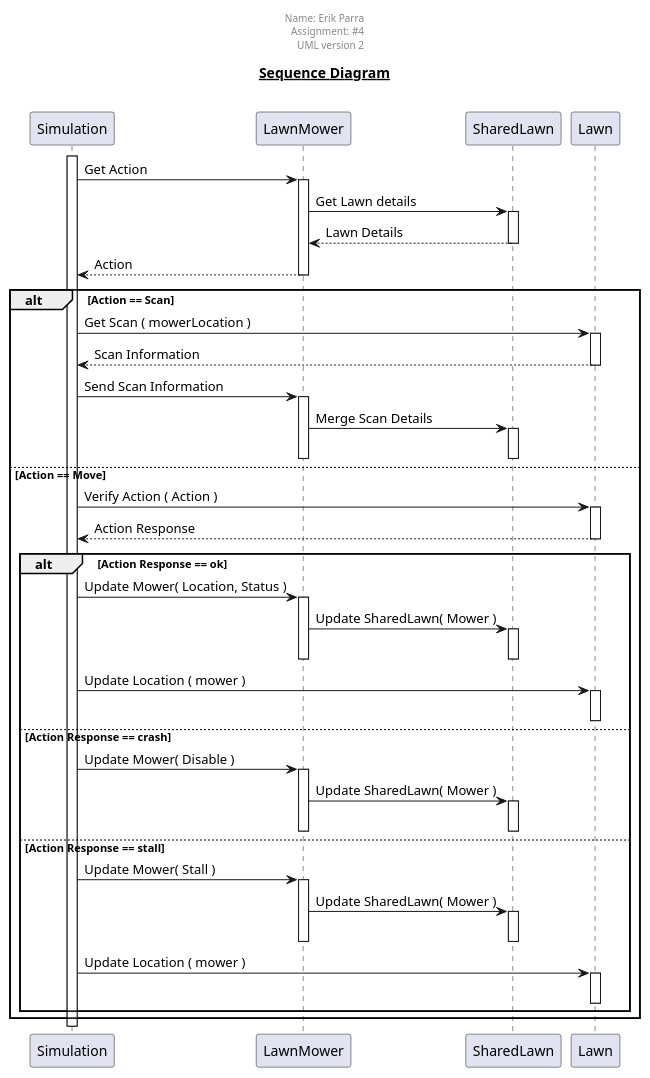
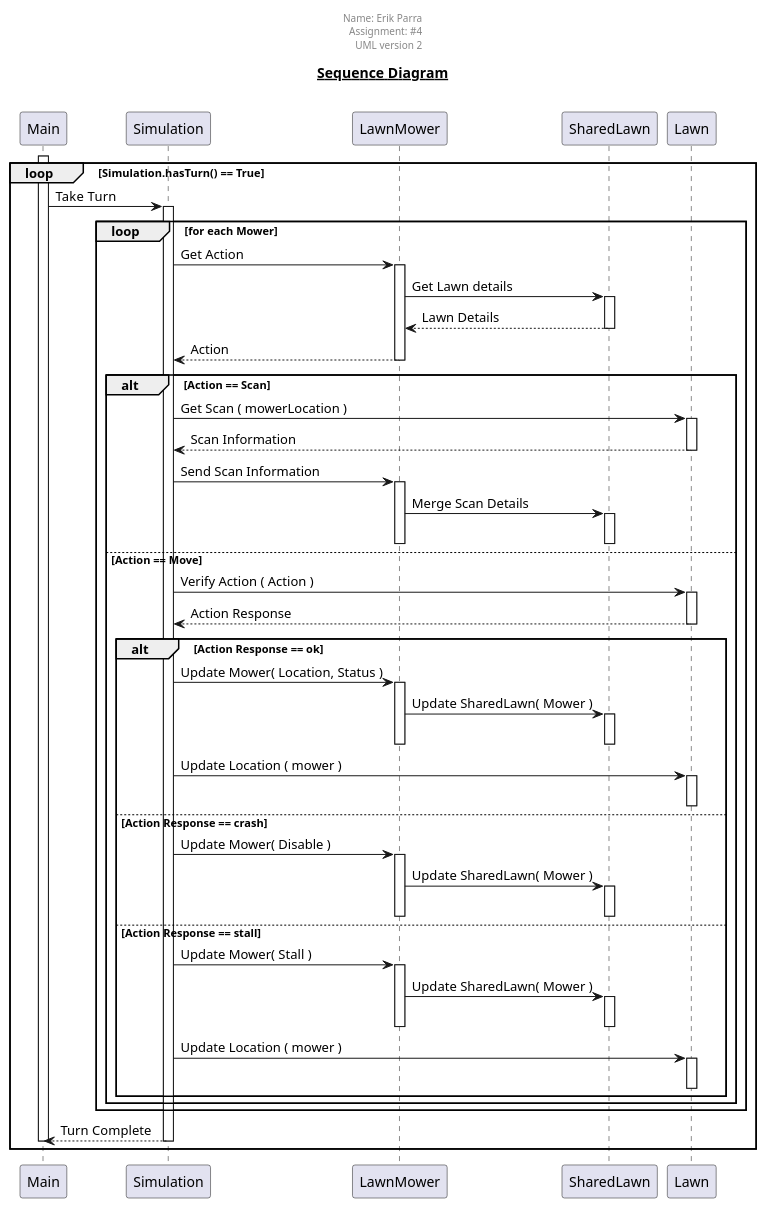
One commit to erikparra/osmowsis changed the diagram in sequence.plantuml. Above: the diagram before and after it, drawn with PlantUML. The commit also changed 1 other file, not shown here.

Commit message:
updated diagrams

```diff
--- a/sequence.plantuml
+++ b/sequence.plantuml
@@ -1,73 +1,83 @@
 @startuml
 
 skinparam classAttributeIconSize 0
 'hide circle
 
 title __Sequence Diagram__\n
 
 center header
 Name: Erik Parra
 Assignment: #4
 UML version 2
 end header
 
 
+loop Simulation.hasTurn() == True
+    activate Main
+    Main -> Simulation : Take Turn
+    loop for each Mower
 
-activate Simulation
-Simulation -> LawnMower: Get Action
-activate LawnMower
-LawnMower -> SharedLawn : Get Lawn details
-activate SharedLawn
-SharedLawn --> LawnMower : Lawn Details
-deactivate SharedLawn
-LawnMower --> Simulation: Action
-deactivate LawnMower
+        activate Simulation
+        Simulation -> LawnMower: Get Action
+        activate LawnMower
+        LawnMower -> SharedLawn : Get Lawn details
+        activate SharedLawn
+        SharedLawn --> LawnMower : Lawn Details
+        deactivate SharedLawn
+        LawnMower --> Simulation: Action
+        deactivate LawnMower
 
-alt Action == Scan
-    Simulation -> Lawn : Get Scan ( mowerLocation )
-    activate Lawn
-    Lawn --> Simulation : Scan Information
-    deactivate Lawn
-    Simulation -> LawnMower : Send Scan Information
-    activate LawnMower
-    LawnMower -> SharedLawn : Merge Scan Details
-    activate SharedLawn
-    deactivate SharedLawn
-    deactivate LawnMower
-else Action == Move
-    Simulation -> Lawn : Verify Action ( Action )
-    activate Lawn
-    Lawn --> Simulation : Action Response
-    deactivate Lawn
+        alt Action == Scan
+            Simulation -> Lawn : Get Scan ( mowerLocation )
+            activate Lawn
+            Lawn --> Simulation : Scan Information
+            deactivate Lawn
+            Simulation -> LawnMower : Send Scan Information
+            activate LawnMower
+            LawnMower -> SharedLawn : Merge Scan Details
+            activate SharedLawn
+            deactivate SharedLawn
+            deactivate LawnMower
+        else Action == Move
+            Simulation -> Lawn : Verify Action ( Action )
+            activate Lawn
+            Lawn --> Simulation : Action Response
+            deactivate Lawn
 
-    alt Action Response == ok
-        Simulation -> LawnMower : Update Mower( Location, Status )
-        activate LawnMower
-        LawnMower -> SharedLawn : Update SharedLawn( Mower )
-        activate SharedLawn
-        deactivate SharedLawn
-        deactivate LawnMower
-        Simulation -> Lawn : Update Location ( mower )
-        activate Lawn
-        deactivate Lawn
-    else Action Response == crash
-        Simulation -> LawnMower : Update Mower( Disable )
-        activate LawnMower
-        LawnMower -> SharedLawn : Update SharedLawn( Mower )
-        activate SharedLawn
-        deactivate SharedLawn
-        deactivate LawnMower
-    else Action Response == stall
-        Simulation -> LawnMower : Update Mower( Stall )
-        activate LawnMower
-        LawnMower -> SharedLawn : Update SharedLawn( Mower )
-        activate SharedLawn
-        deactivate SharedLawn
-        deactivate LawnMower
-        Simulation -> Lawn : Update Location ( mower )
-        activate Lawn
-        deactivate Lawn
+            alt Action Response == ok
+                Simulation -> LawnMower : Update Mower( Location, Status )
+                activate LawnMower
+                LawnMower -> SharedLawn : Update SharedLawn( Mower )
+                activate SharedLawn
+                deactivate SharedLawn
+                deactivate LawnMower
+                Simulation -> Lawn : Update Location ( mower )
+                activate Lawn
+                deactivate Lawn
+            else Action Response == crash
+                Simulation -> LawnMower : Update Mower( Disable )
+                activate LawnMower
+                LawnMower -> SharedLawn : Update SharedLawn( Mower )
+                activate SharedLawn
+                deactivate SharedLawn
+                deactivate LawnMower
+            else Action Response == stall
+                Simulation -> LawnMower : Update Mower( Stall )
+                activate LawnMower
+                LawnMower -> SharedLawn : Update SharedLawn( Mower )
+                activate SharedLawn
+                deactivate SharedLawn
+                deactivate LawnMower
+                Simulation -> Lawn : Update Location ( mower )
+                activate Lawn
+                deactivate Lawn
+            end
+        end
     end
+
+    Simulation --> Main : Turn Complete
+    deactivate Simulation
+    deactivate Main
 end
 
 @enduml
```
